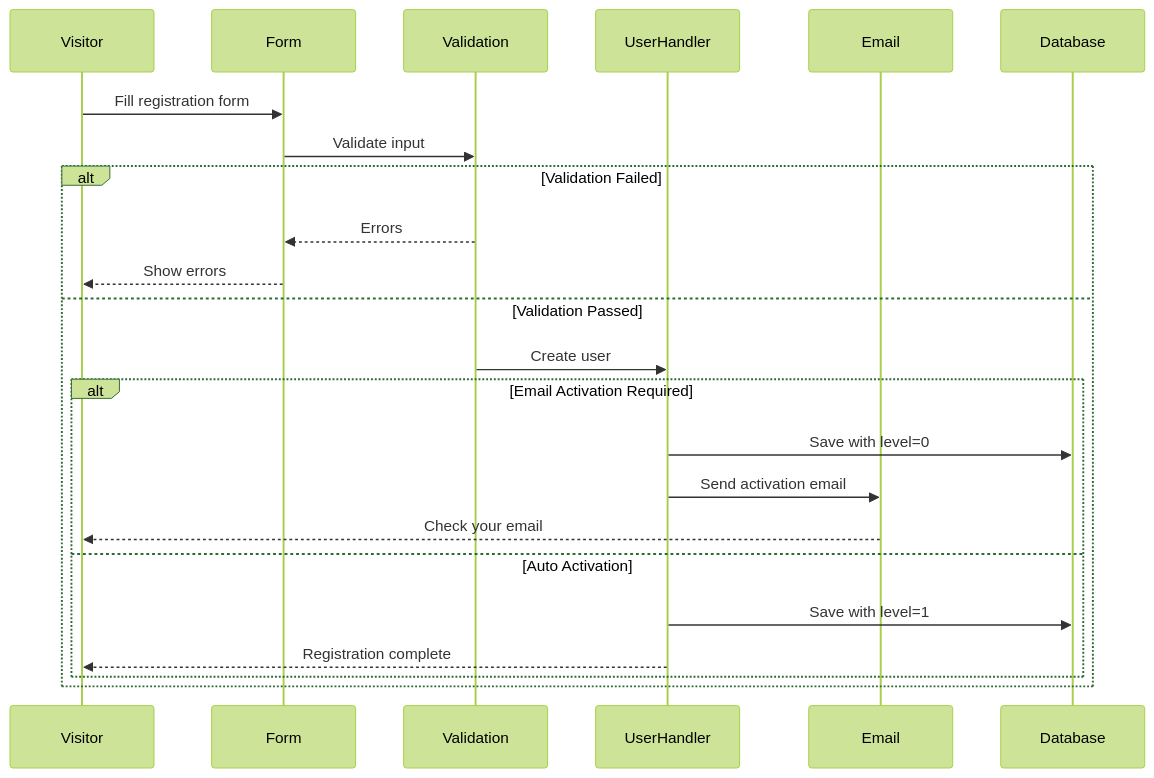
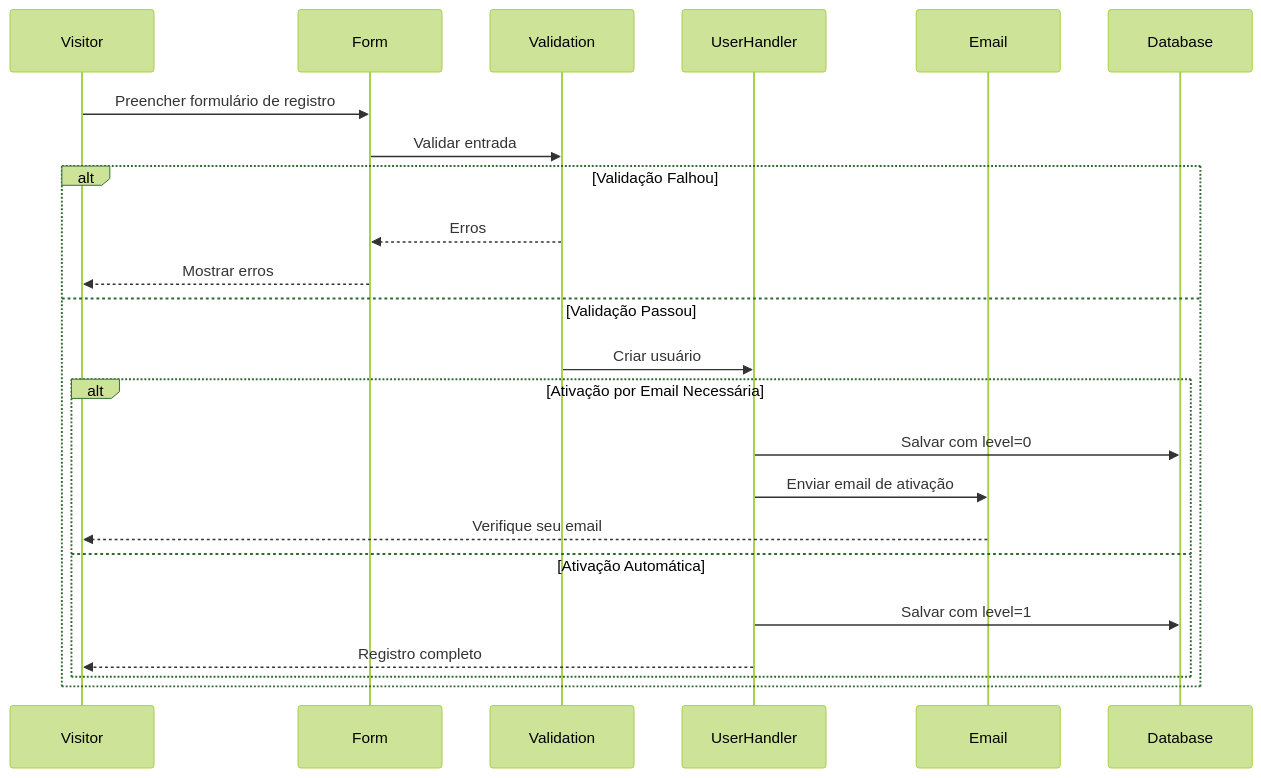
The fourth of 4 diagrams in apps/docs-27/src/content/docs/pt/api-reference/user/xoops-user.md (mambax7/xoops-docs), drawn with Mermaid (forest theme) before and after one commit. The commit also changed other lines of this file and 162 other files, not shown here.

````diff
--- a/apps/docs-27/src/content/docs/pt/api-reference/user/xoops-user.md
+++ b/apps/docs-27/src/content/docs/pt/api-reference/user/xoops-user.md
@@ -334,28 +334,28 @@
 ```mermaid
 sequenceDiagram
     participant Visitor
     participant Form
     participant Validation
     participant UserHandler
     participant Email
     participant Database
 
-    Visitor->>Form: Fill registration form
-    Form->>Validation: Validate input
+    Visitor->>Form: Preencher formulário de registro
+    Form->>Validation: Validar entrada
 
-    alt Validation Failed
-        Validation-->>Form: Errors
-        Form-->>Visitor: Show errors
-    else Validation Passed
-        Validation->>UserHandler: Create user
+    alt Validação Falhou
+        Validation-->>Form: Erros
+        Form-->>Visitor: Mostrar erros
+    else Validação Passou
+        Validation->>UserHandler: Criar usuário
 
-        alt Email Activation Required
-            UserHandler->>Database: Save with level=0
-            UserHandler->>Email: Send activation email
-            Email-->>Visitor: Check your email
-        else Auto Activation
-            UserHandler->>Database: Save with level=1
-            UserHandler-->>Visitor: Registration complete
+        alt Ativação por Email Necessária
+            UserHandler->>Database: Salvar com level=0
+            UserHandler->>Email: Enviar email de ativação
+            Email-->>Visitor: Verifique seu email
+        else Ativação Automática
+            UserHandler->>Database: Salvar com level=1
+            UserHandler-->>Visitor: Registro completo
         end
     end
 ```
````
